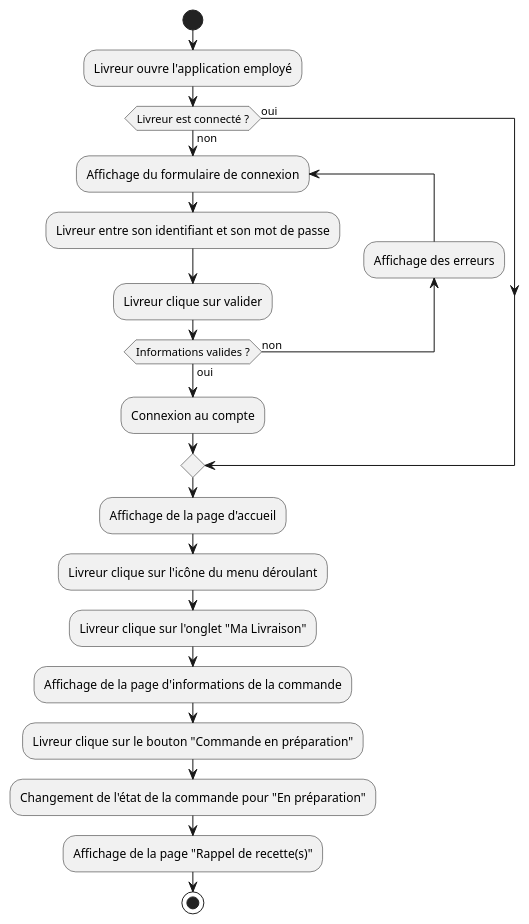
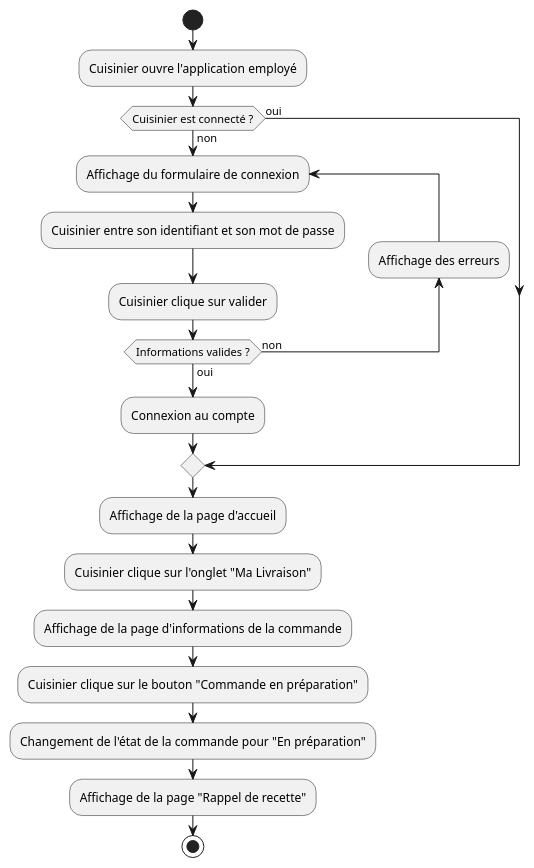
The diagram in diagrams/worker_display_pizza_recipe.puml (Gumpah/project_6), drawn with PlantUML before and after one commit. The commit also changed 13 other files, not shown here.

Commit message:
Updating diagrams

```diff
--- a/diagrams/worker_display_pizza_recipe.puml
+++ b/diagrams/worker_display_pizza_recipe.puml
@@ -1,25 +1,24 @@
 @startuml
 'https://plantuml.com/activity-diagram-beta
 
 start
-:Livreur ouvre l'application employé;
-if (Livreur est connecté ?) then (oui)
+:Cuisinier ouvre l'application employé;
+if (Cuisinier est connecté ?) then (oui)
 else (non)
 repeat :Affichage du formulaire de connexion;
-:Livreur entre son identifiant et son mot de passe;
-:Livreur clique sur valider;
+:Cuisinier entre son identifiant et son mot de passe;
+:Cuisinier clique sur valider;
 backward:Affichage des erreurs;
 repeat while (Informations valides ?) is (non) not (oui)
 :Connexion au compte;
 endif
 :Affichage de la page d'accueil;
-:Livreur clique sur l'icône du menu déroulant;
-:Livreur clique sur l'onglet "Ma Livraison";
+:Cuisinier clique sur l'onglet "Ma Livraison";
 :Affichage de la page d'informations de la commande;
-:Livreur clique sur le bouton "Commande en préparation";
+:Cuisinier clique sur le bouton "Commande en préparation";
 :Changement de l'état de la commande pour "En préparation";
-:Affichage de la page "Rappel de recette(s)";
+:Affichage de la page "Rappel de recette";
 
 stop
 
 @enduml
```
